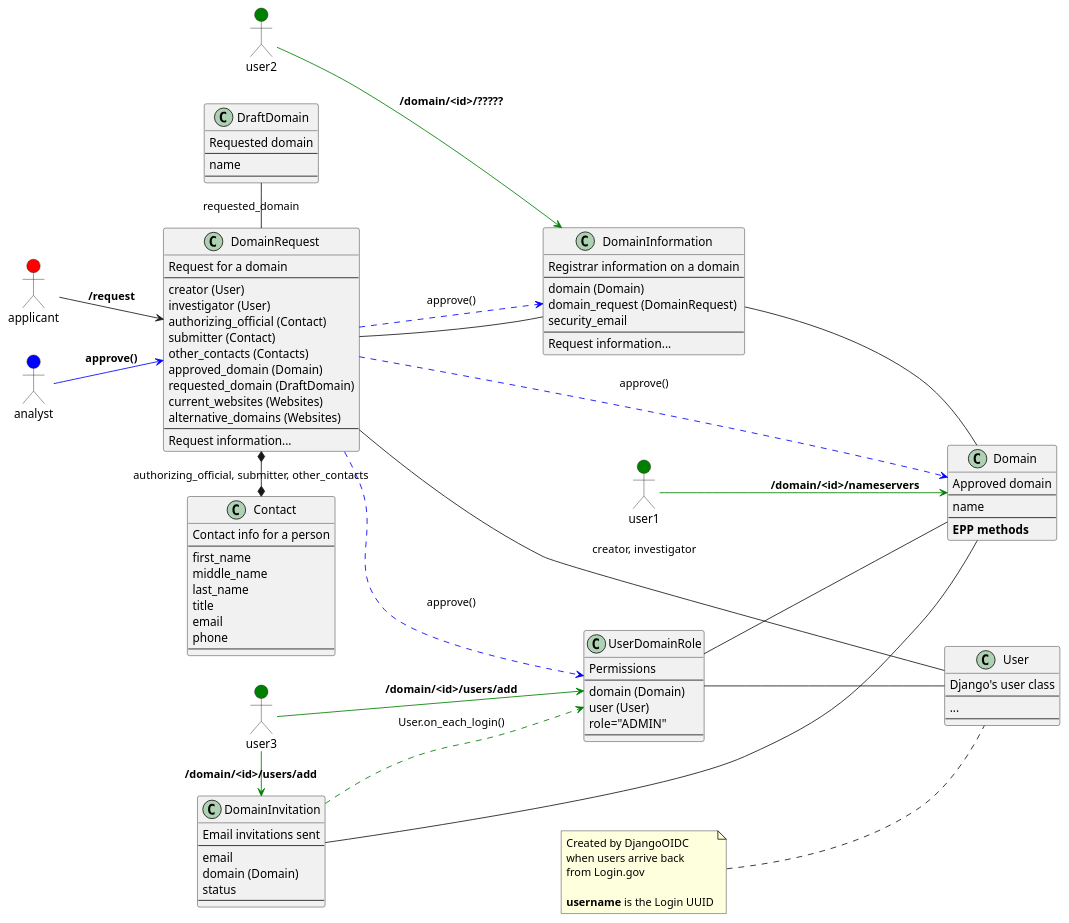
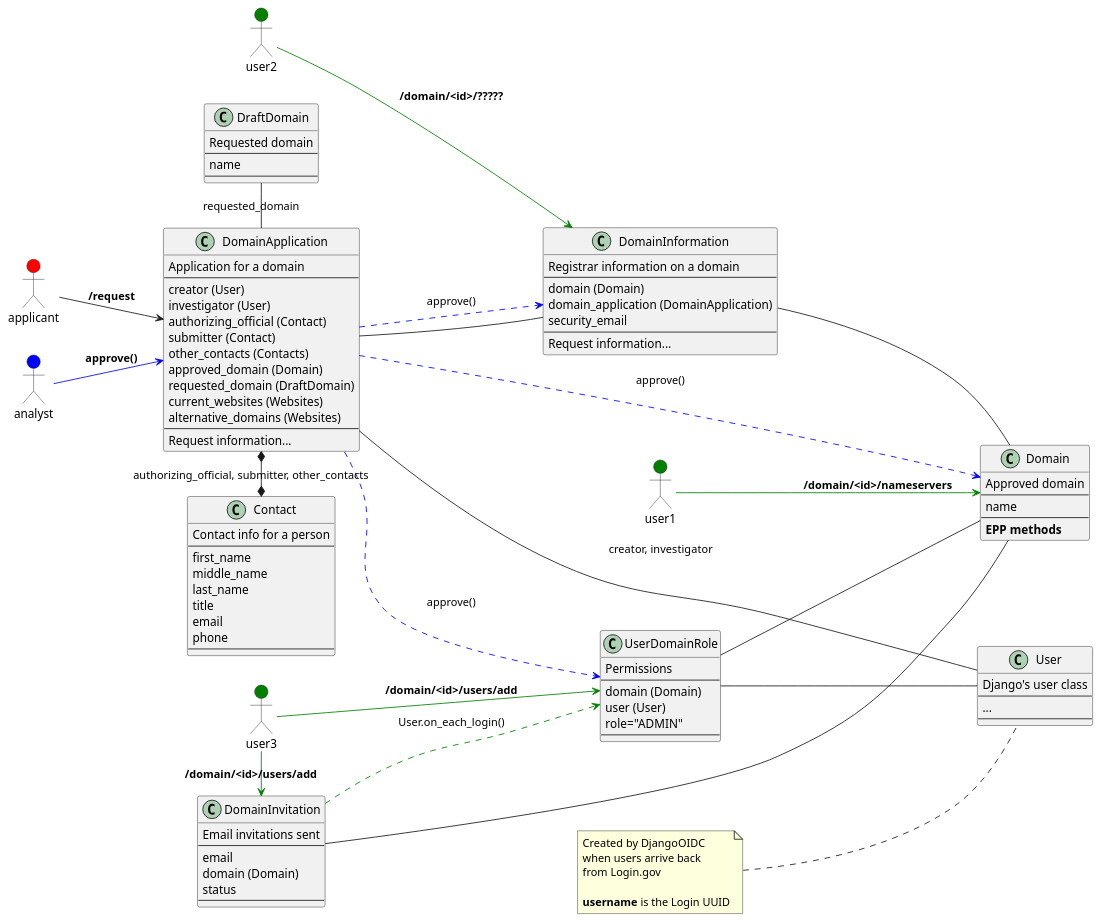
One commit to cisagov/manage.get.gov changed the diagram in docs/architecture/diagrams/model_timeline.md. Above: the diagram before and after it, drawn with PlantUML. The commit also changed other lines of this file and 88 other files, not shown here.

```diff
--- a/docs/architecture/diagrams/model_timeline.md
+++ b/docs/architecture/diagrams/model_timeline.md
@@ -36,8 +36,8 @@
 allowmixing
 left to right direction
 
-class DomainRequest {
-  Request for a domain
+class DomainApplication {
+  Application for a domain
   --
   creator (User)
   investigator (User)
@@ -66,7 +66,7 @@
   <b>username</b> is the Login UUID
 end note
 
-DomainRequest -l- User : creator, investigator
+DomainApplication -l- User : creator, investigator
 
 class Contact {
   Contact info for a person
@@ -80,7 +80,7 @@
   --
 }
 
-DomainRequest *-r-* Contact : authorizing_official, submitter, other_contacts
+DomainApplication *-r-* Contact : authorizing_official, submitter, other_contacts
 
 class DraftDomain {
   Requested domain
@@ -89,7 +89,7 @@
   --
 }
 
-DomainRequest -l- DraftDomain : requested_domain
+DomainApplication -l- DraftDomain : requested_domain
 
 class Domain {
   Approved domain
@@ -99,21 +99,21 @@
   <b>EPP methods</b>
 }
 
-DomainRequest .right[#blue].> Domain : approve()
+DomainApplication .right[#blue].> Domain : approve()
 
 class DomainInformation {
   Registrar information on a domain
   --
   domain (Domain)
-  domain_request (DomainRequest)
+  domain_application (DomainApplication)
   security_email
   --
   Request information...
 }
 
 DomainInformation -- Domain
-DomainInformation -- DomainRequest
-DomainRequest .[#blue].> DomainInformation : approve()
+DomainInformation -- DomainApplication
+DomainApplication .[#blue].> DomainInformation : approve()
 
 class UserDomainRole {
   Permissions
@@ -125,7 +125,7 @@
 }
 UserDomainRole -- User
 UserDomainRole -- Domain
-DomainRequest .[#blue].> UserDomainRole : approve()
+DomainApplication .[#blue].> UserDomainRole : approve()
 
 class DomainInvitation {
   Email invitations sent
@@ -139,10 +139,10 @@
 DomainInvitation .[#green].> UserDomainRole : User.on_each_login()
 
 actor applicant #Red
-applicant -d-> DomainRequest : **/request**
+applicant -d-> DomainApplication : **/request**
 
 actor analyst #Blue
-analyst -[#blue]-> DomainRequest : **approve()**
+analyst -[#blue]-> DomainApplication : **approve()**
 
 actor user1 #Green
 user1 -[#green]-> Domain : **/domain/<id>/nameservers**
```
